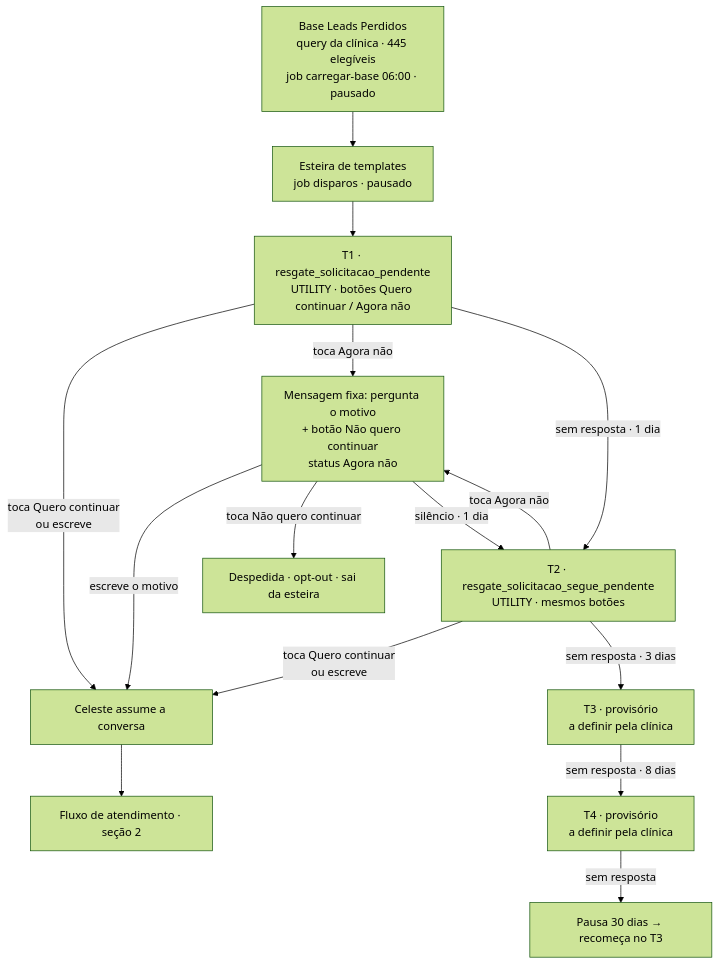
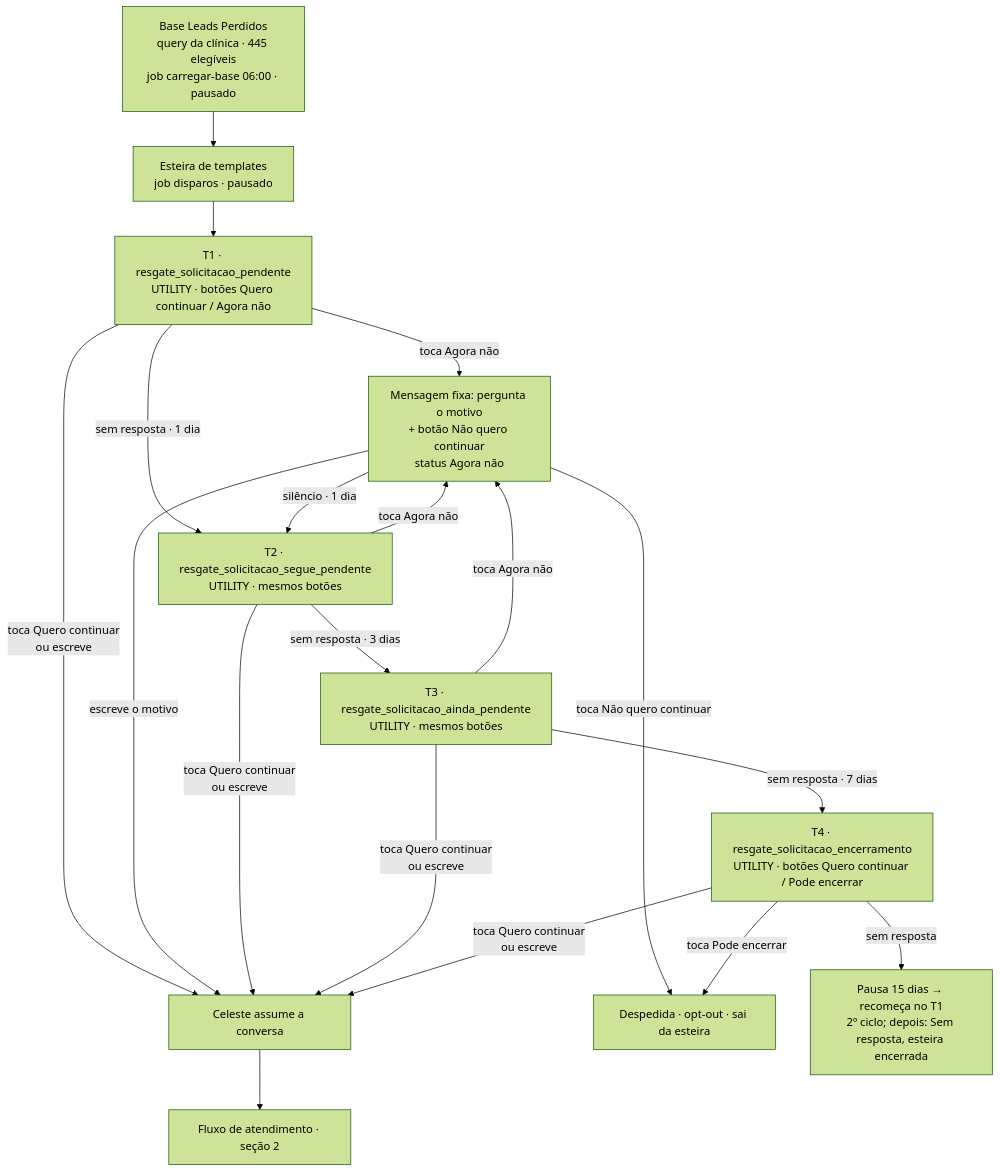
Before and after one commit to celeste-passoni/celeste-passoni: the first of 2 diagrams in docs/fluxo-leads-perdidos.md, drawn with Mermaid (forest theme). The commit also changed other lines of this file, not shown here.

Commit message:
Docs: fluxograma com T3/T4, pausa de 15 dias e 2 ciclos

````diff
--- a/docs/fluxo-leads-perdidos.md
+++ b/docs/fluxo-leads-perdidos.md
@@ -7,17 +7,21 @@
 ```mermaid
 flowchart TD
     A[Base Leads Perdidos<br/>query da clínica · 445 elegíveis<br/>job carregar-base 06:00 · pausado] --> B[Esteira de templates<br/>job disparos · pausado]
     B --> T1[T1 · resgate_solicitacao_pendente<br/>UTILITY · botões Quero continuar / Agora não]
     T1 -->|toca Quero continuar<br/>ou escreve| C[Celeste assume a conversa]
     T1 -->|toca Agora não| AN[Mensagem fixa: pergunta o motivo<br/>+ botão Não quero continuar<br/>status Agora não]
     T1 -->|sem resposta · 1 dia| T2[T2 · resgate_solicitacao_segue_pendente<br/>UTILITY · mesmos botões]
     AN -->|escreve o motivo| C
     AN -->|toca Não quero continuar| OUT[Despedida · opt-out · sai da esteira]
     AN -->|silêncio · 1 dia| T2
     T2 -->|toca Quero continuar<br/>ou escreve| C
     T2 -->|toca Agora não| AN
-    T2 -->|sem resposta · 3 dias| T3[T3 · provisório<br/>a definir pela clínica]
-    T3 -->|sem resposta · 8 dias| T4[T4 · provisório<br/>a definir pela clínica]
-    T4 -->|sem resposta| P[Pausa 30 dias → recomeça no T3]
+    T2 -->|sem resposta · 3 dias| T3[T3 · resgate_solicitacao_ainda_pendente<br/>UTILITY · mesmos botões]
+    T3 -->|toca Quero continuar<br/>ou escreve| C
+    T3 -->|toca Agora não| AN
+    T3 -->|sem resposta · 7 dias| T4[T4 · resgate_solicitacao_encerramento<br/>UTILITY · botões Quero continuar / Pode encerrar]
+    T4 -->|toca Quero continuar<br/>ou escreve| C
+    T4 -->|toca Pode encerrar| OUT
+    T4 -->|sem resposta| P[Pausa 15 dias → recomeça no T1<br/>2º ciclo; depois: Sem resposta, esteira encerrada]
     C --> F[Fluxo de atendimento · seção 2]
 ```
````
